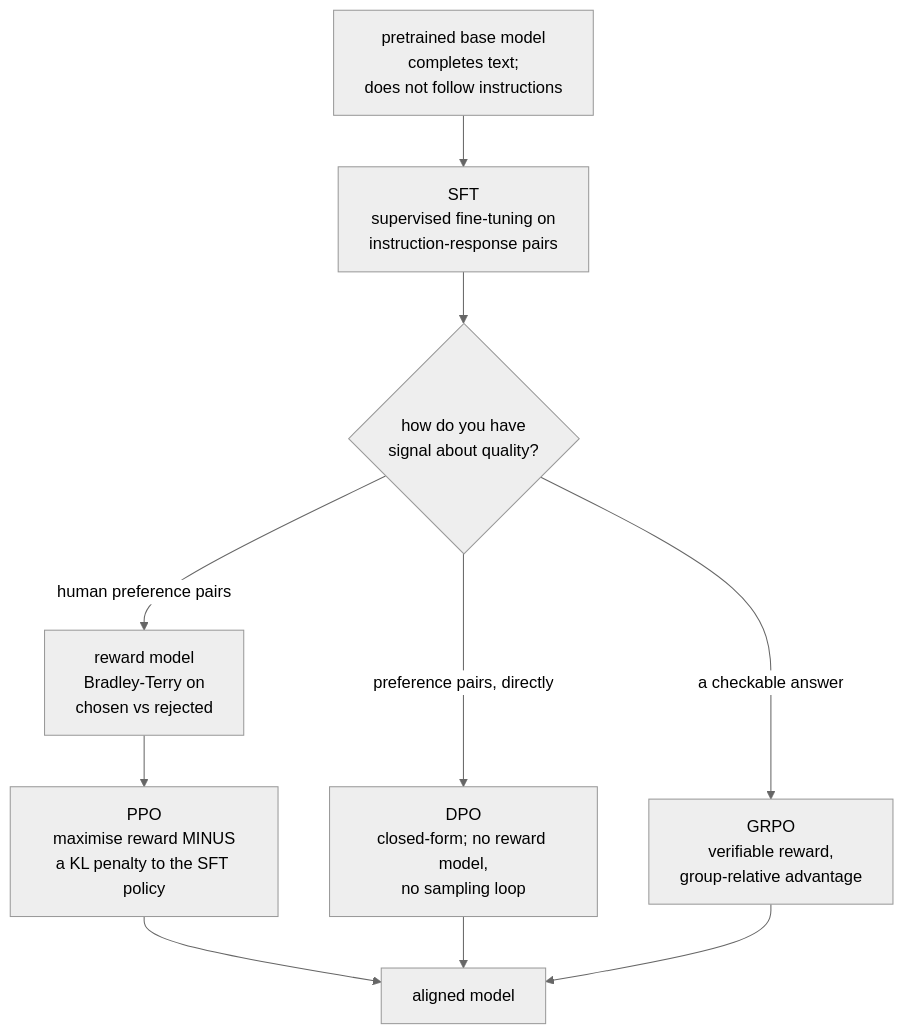
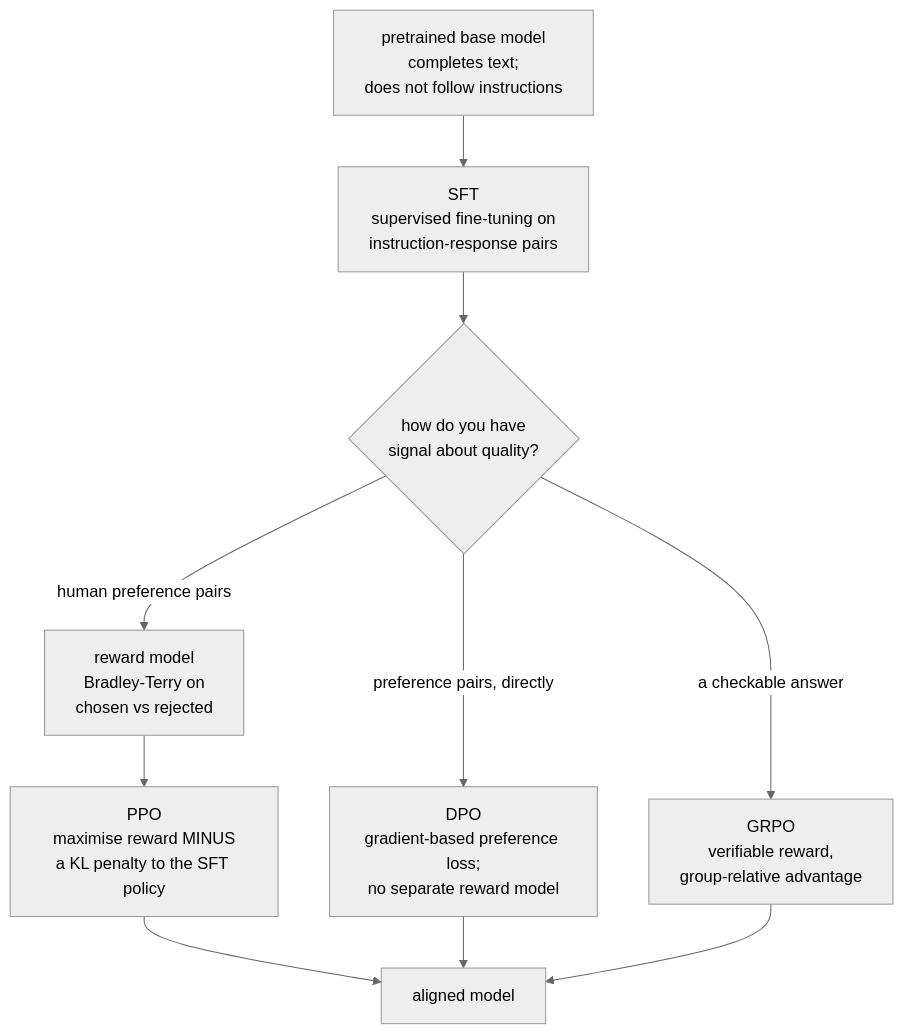
Before and after one commit to alliedbrother/ml-interview-notes: the first of 2 diagrams in content/notes/nlp/llm-prompting-and-alignment.md, drawn with Mermaid (neutral theme). The commit also changed other lines of this file and 217 other files, not shown here.

````diff
--- a/content/notes/nlp/llm-prompting-and-alignment.md
+++ b/content/notes/nlp/llm-prompting-and-alignment.md
@@ -17,12 +17,12 @@
 ```mermaid
 flowchart TD
     PT["pretrained base model<br/>completes text;<br/>does not follow instructions"] --> SFT["SFT<br/>supervised fine-tuning on<br/>instruction-response pairs"]
     SFT --> A{"how do you have<br/>signal about quality?"}
     A -->|"human preference pairs"| RM["reward model<br/>Bradley-Terry on<br/>chosen vs rejected"]
-    A -->|"preference pairs, directly"| DPO["DPO<br/>closed-form; no reward model,<br/>no sampling loop"]
+    A -->|"preference pairs, directly"| DPO["DPO<br/>gradient-based preference loss;<br/>no separate reward model"]
     A -->|"a checkable answer"| GRPO["GRPO<br/>verifiable reward,<br/>group-relative advantage"]
     RM --> PPO["PPO<br/>maximise reward MINUS<br/>a KL penalty to the SFT policy"]
     PPO --> AL["aligned model"]
     DPO --> AL
     GRPO --> AL
 ```
````
